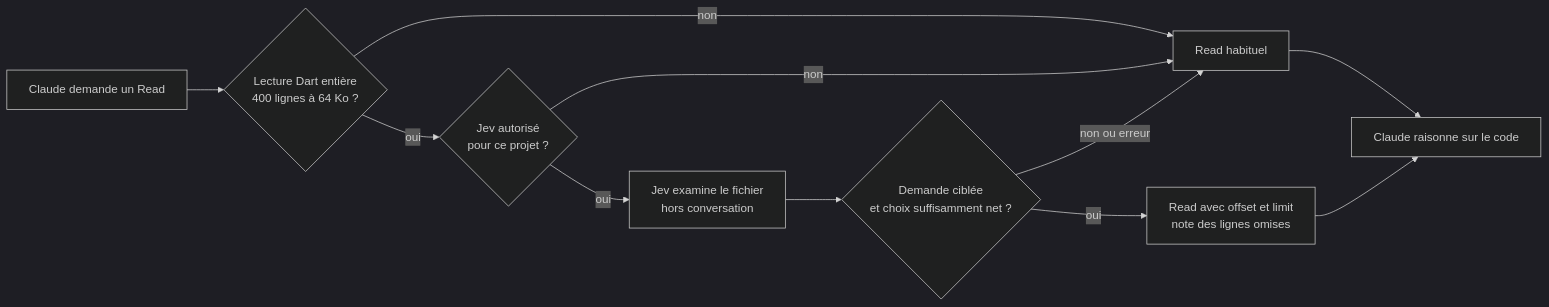
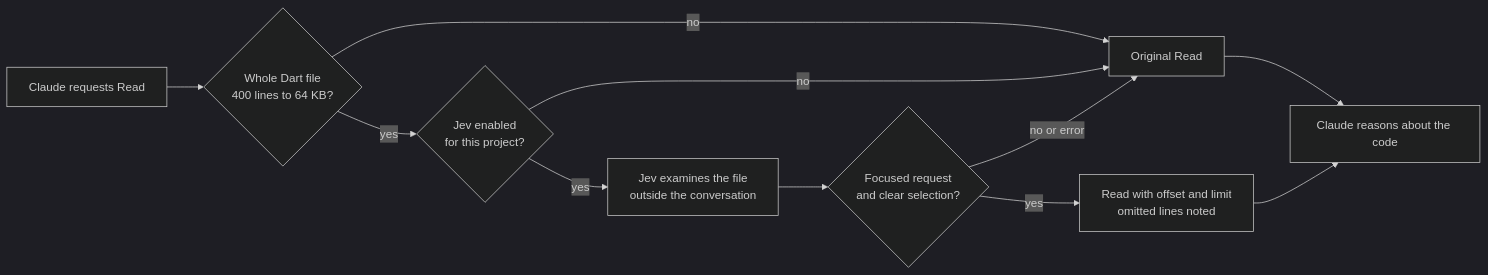
The diagram in docs/ARCHITECTURE.md (pkcoulon/jev-for-flutter), drawn with Mermaid (dark theme) before and after one commit. The commit also changed other lines of this file and 58 other files, not shown here.

````diff
--- a/docs/ARCHITECTURE.md
+++ b/docs/ARCHITECTURE.md
@@ -5,13 +5,13 @@
 ```mermaid
 flowchart LR
-    A[Claude demande un Read] --> B{Lecture Dart entière\n400 lignes à 64 Ko ?}
-    B -->|non| R[Read habituel]
-    B -->|oui| P{Jev autorisé\npour ce projet ?}
-    P -->|non| R
-    P -->|oui| J[Jev examine le fichier\nhors conversation]
-    J --> G{Demande ciblée\net choix suffisamment net ?}
-    G -->|non ou erreur| R
-    G -->|oui| W[Read avec offset et limit\nnote des lignes omises]
-    W --> C[Claude raisonne sur le code]
+    A[Claude requests Read] --> B{Whole Dart file\n400 lines to 64 KB?}
+    B -->|no| R[Original Read]
+    B -->|yes| P{Jev enabled\nfor this project?}
+    P -->|no| R
+    P -->|yes| J[Jev examines the file\noutside the conversation]
+    J --> G{Focused request\nand clear selection?}
+    G -->|no or error| R
+    G -->|yes| W[Read with offset and limit\nomitted lines noted]
+    W --> C[Claude reasons about the code]
     R --> C
 ```
````
